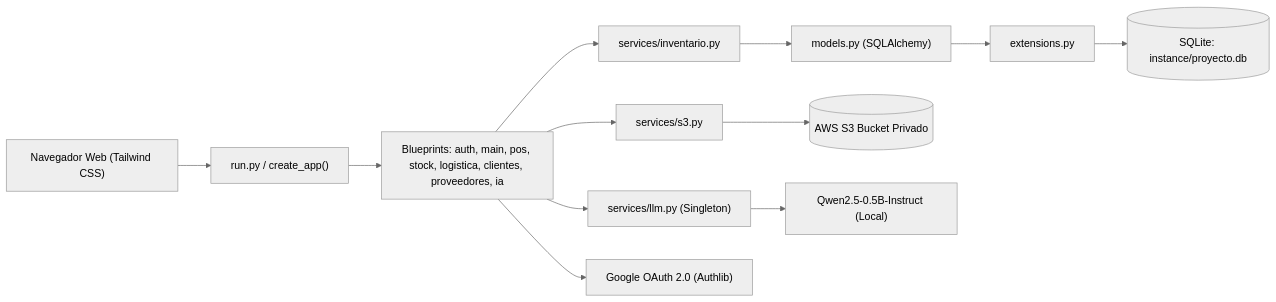
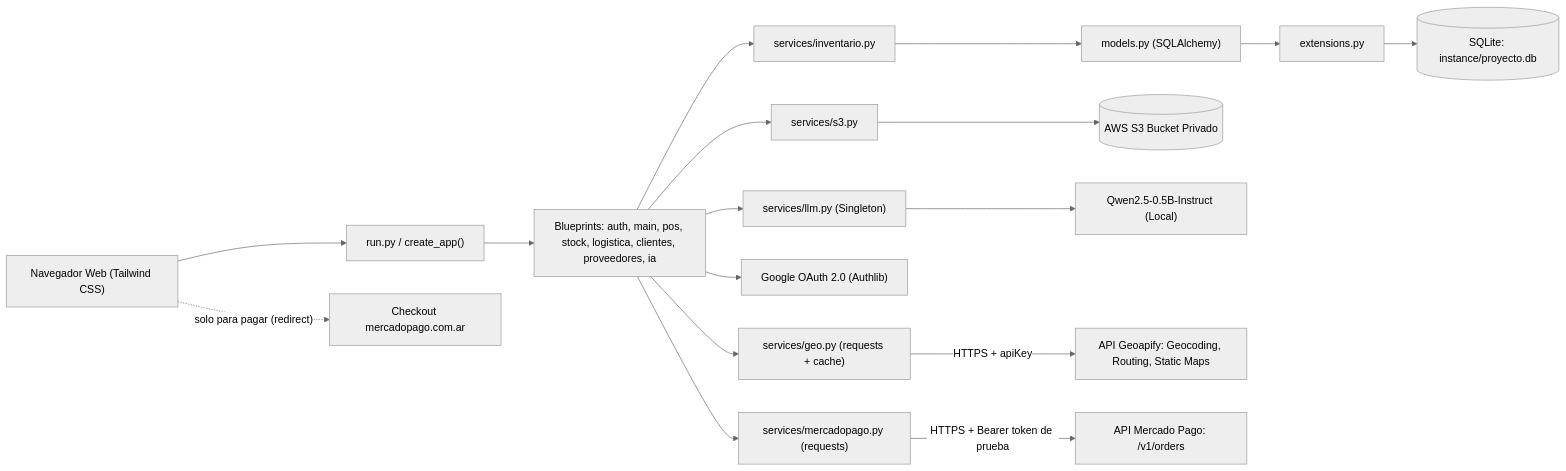
The first of 6 diagrams in supermercado/docs/DOCUMENTACION.md (Yannick-Raijman-DV/Jumbox-Analisis-Metodologias-Sistemas), drawn with Mermaid (neutral theme) before and after one commit. The commit also changed other lines of this file and 21 other files, not shown here.

First line of the commit message:
feat: integrar AWS S3, Geoapify y Mercado Pago (Parcial 2)

````diff
--- a/supermercado/docs/DOCUMENTACION.md
+++ b/supermercado/docs/DOCUMENTACION.md
@@ -117,14 +126,19 @@
 ```mermaid
 flowchart LR
     U["Navegador Web (Tailwind CSS)"] --> RUN["run.py / create_app()"]
     RUN --> BP["Blueprints: auth, main, pos, stock, logistica, clientes, proveedores, ia"]
     BP --> INV["services/inventario.py"]
     BP --> S3SVC["services/s3.py"]
     BP --> LLMSVC["services/llm.py (Singleton)"]
     BP --> OAUTH["Google OAuth 2.0 (Authlib)"]
+    BP --> GEOSVC["services/geo.py (requests + cache)"]
+    BP --> MPSVC["services/mercadopago.py (requests)"]
     INV --> MOD["models.py (SQLAlchemy)"]
     MOD --> EXT["extensions.py"]
     EXT --> DB[("SQLite: instance/proyecto.db")]
     S3SVC --> AWS[("AWS S3 Bucket Privado")]
     LLMSVC --> QWEN["Qwen2.5-0.5B-Instruct (Local)"]
+    GEOSVC -->|"HTTPS + apiKey"| GEOAPI["API Geoapify: Geocoding, Routing, Static Maps"]
+    MPSVC -->|"HTTPS + Bearer token de prueba"| MPAPI["API Mercado Pago: /v1/orders"]
+    U -.->|"solo para pagar (redirect)"| MPCHK["Checkout mercadopago.com.ar"]
 ```
````
